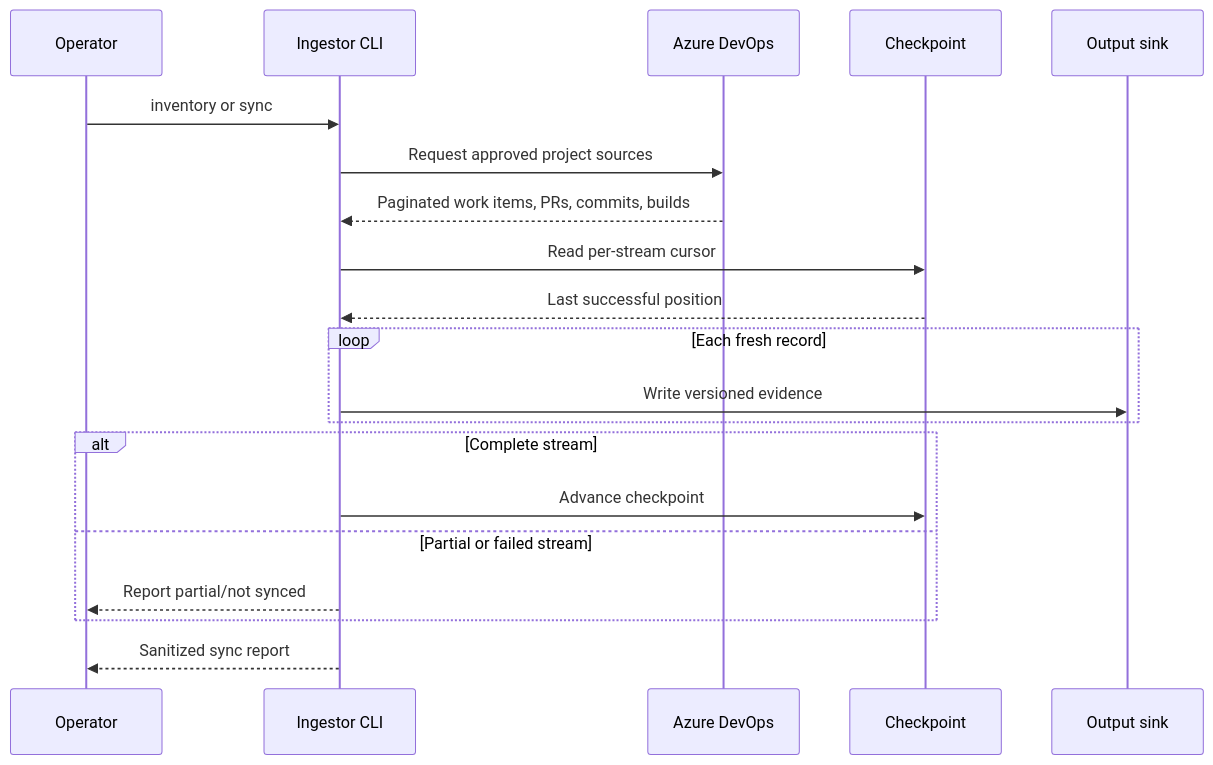
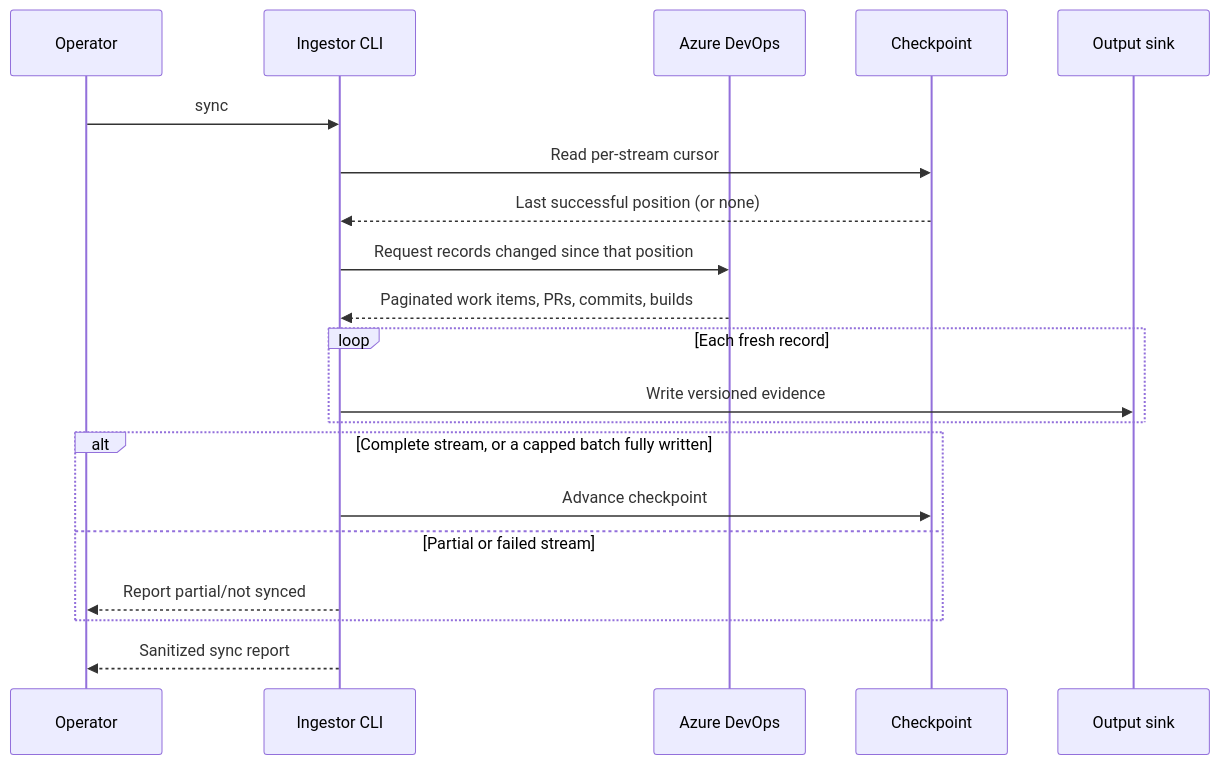
One commit to sandeshshinde284-bit/visionIQ changed the first of 2 diagrams in docs/features/LRN-01-history-connectors/visual-guide.md. Above: the diagram before and after it, drawn with Mermaid. The commit also changed other lines of this file, not shown here.

Commit message:
docs(LRN-01): consolidate reviewed connector, pipeline scope and test documentation

````diff
--- a/docs/features/LRN-01-history-connectors/visual-guide.md
+++ b/docs/features/LRN-01-history-connectors/visual-guide.md
@@ -13,22 +13,22 @@
 ```mermaid
 sequenceDiagram
     participant Operator
     participant CLI as Ingestor CLI
     participant ADO as Azure DevOps
     participant Checkpoint
     participant Sink as Output sink
-    Operator->>CLI: inventory or sync
-    CLI->>ADO: Request approved project sources
+    Operator->>CLI: sync
+    CLI->>Checkpoint: Read per-stream cursor
+    Checkpoint-->>CLI: Last successful position (or none)
+    CLI->>ADO: Request records changed since that position
     ADO-->>CLI: Paginated work items, PRs, commits, builds
-    CLI->>Checkpoint: Read per-stream cursor
-    Checkpoint-->>CLI: Last successful position
     loop Each fresh record
         CLI->>Sink: Write versioned evidence
     end
-    alt Complete stream
+    alt Complete stream, or a capped batch fully written
         CLI->>Checkpoint: Advance checkpoint
     else Partial or failed stream
         CLI-->>Operator: Report partial/not synced
     end
     CLI-->>Operator: Sanitized sync report
 ```
````
